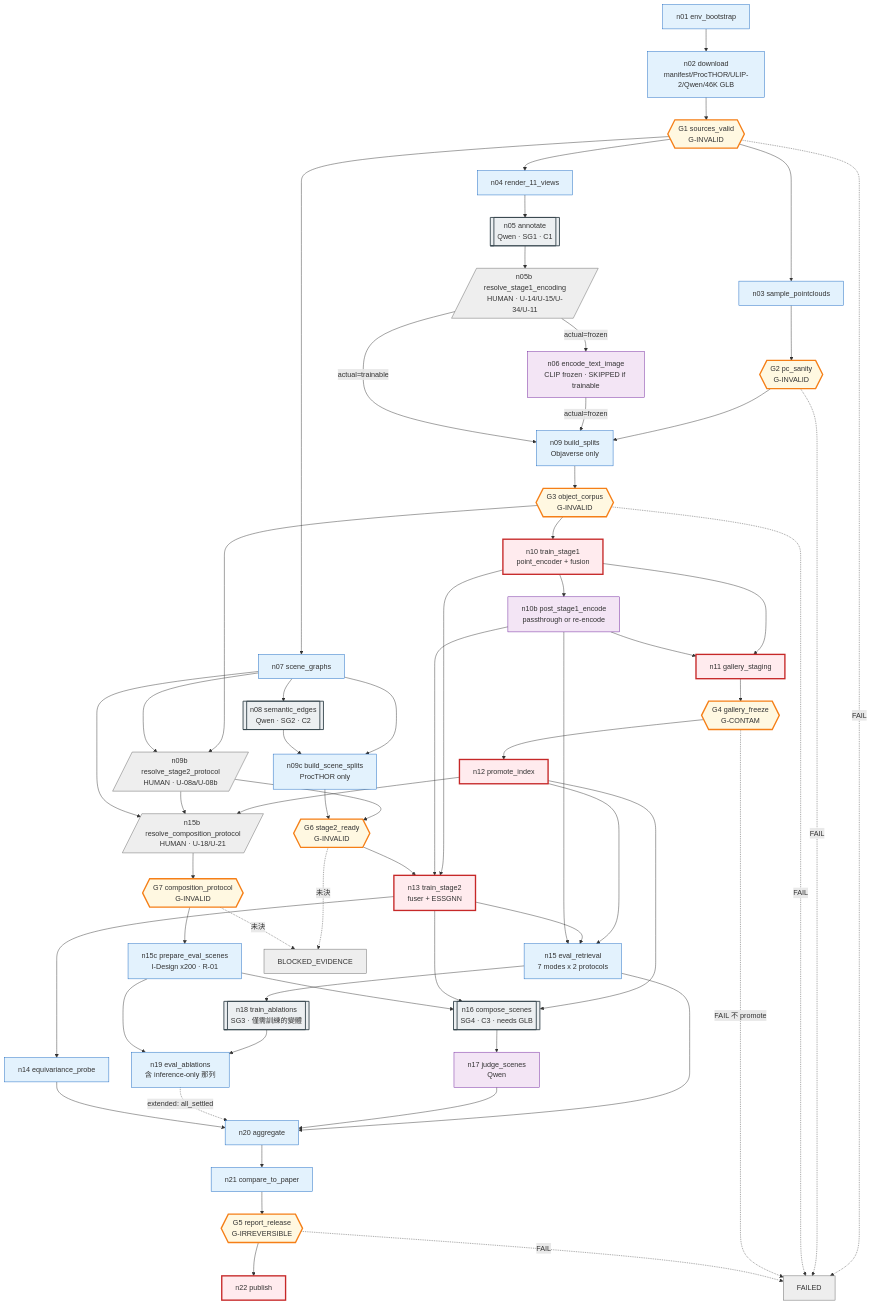
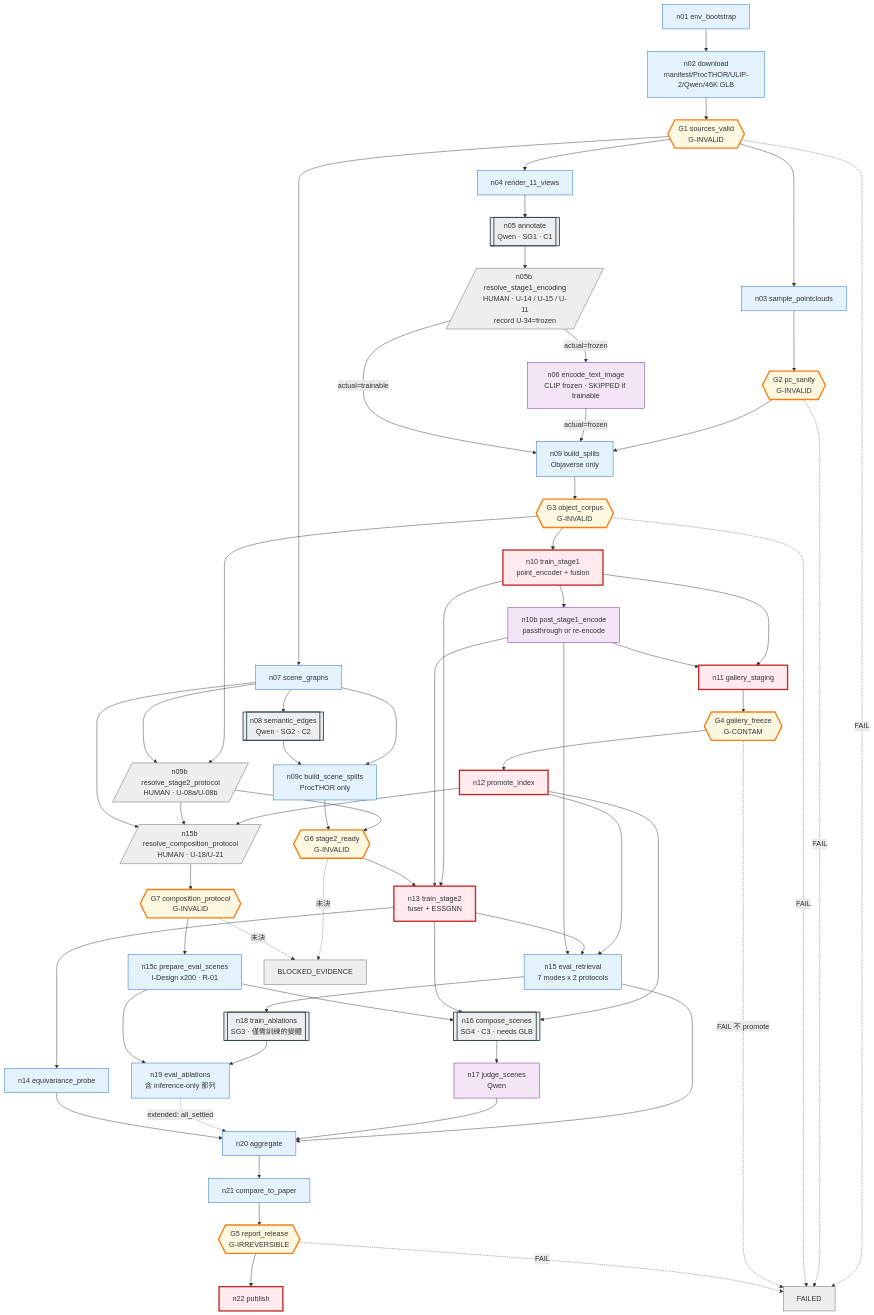
One commit to Kyzen5128/MetaFindV1 changed the diagram in docs/graph/01_GRAPH_SPEC.md. Above: the diagram before and after it, drawn with Mermaid. The commit also changed other lines of this file and 8 other files, not shown here.

````diff
--- a/docs/graph/01_GRAPH_SPEC.md
+++ b/docs/graph/01_GRAPH_SPEC.md
@@ -452,72 +452,72 @@
 ```mermaid
 graph TD
   classDef compute  fill:#e3f2fd,stroke:#1565c0
   classDef model    fill:#f3e5f5,stroke:#6a1b9a
   classDef mutate   fill:#ffebee,stroke:#c62828,stroke-width:3px
   classDef gate     fill:#fff8e1,stroke:#f57f17,stroke-width:3px
   classDef sub      fill:#eceff1,stroke:#37474f,stroke-width:2px
   classDef term     fill:#eeeeee,stroke:#616161
 
   n01[n01 env_bootstrap]:::compute --> n02[n02 download<br/>manifest/ProcTHOR/ULIP-2/Qwen/46K GLB]:::compute
   n02 --> G1{{G1 sources_valid<br/>G-INVALID}}:::gate
   G1 --> n03[n03 sample_pointclouds]:::compute
   G1 --> n04[n04 render_11_views]:::compute
   G1 --> n07[n07 scene_graphs]:::compute
   n03 --> G2{{G2 pc_sanity<br/>G-INVALID}}:::gate
   n04 --> n05[[n05 annotate<br/>Qwen · SG1 · C1]]:::sub
   n07 --> n08[[n08 semantic_edges<br/>Qwen · SG2 · C2]]:::sub
   G2 --> n09[n09 build_splits<br/>Objaverse only]:::compute
-  n05 --> n05b[/n05b resolve_stage1_encoding<br/>HUMAN · U-14/U-15/U-34/U-11/]:::term
+  n05 --> n05b[/n05b resolve_stage1_encoding<br/>HUMAN · U-14 / U-15 / U-11<br/>record U-34=frozen/]:::term
   n05b -->|actual=frozen| n06[n06 encode_text_image<br/>CLIP frozen · SKIPPED if trainable]:::model
   n06 -->|actual=frozen| n09
   n05b -->|actual=trainable| n09
   n07 --> n09c[n09c build_scene_splits<br/>ProcTHOR only]:::compute
   n08 --> n09c
   n09 --> G3{{G3 object_corpus<br/>G-INVALID}}:::gate
   G3 --> n10[n10 train_stage1<br/>point_encoder + fusion]:::mutate
   G3 --> n09b[/n09b resolve_stage2_protocol<br/>HUMAN · U-08a/U-08b/]:::term
   n07 --> n09b
   n09b --> G6{{G6 stage2_ready<br/>G-INVALID}}:::gate
   n09c --> G6
   n10 --> n10b[n10b post_stage1_encode<br/>passthrough or re-encode]:::model
   n10 --> n11[n11 gallery_staging]:::mutate
   n10b --> n11
   n11 --> G4{{G4 gallery_freeze<br/>G-CONTAM}}:::gate
   G4 --> n12[n12 promote_index]:::mutate
   n10 --> n13[n13 train_stage2<br/>fuser + ESSGNN]:::mutate
   n10b --> n13
   G6 --> n13
   n13 --> n14[n14 equivariance_probe]:::compute
   n12 --> n15[n15 eval_retrieval<br/>7 modes x 2 protocols]:::compute
   n13 --> n15
   n10b --> n15
   n12 --> n15b[/n15b resolve_composition_protocol<br/>HUMAN · U-18/U-21/]:::term
   n09b --> n15b
   n07 --> n15b
   n15b --> G7{{G7 composition_protocol<br/>G-INVALID}}:::gate
   G7 --> n15c[n15c prepare_eval_scenes<br/>I-Design x200 · R-01]:::compute
   n12 --> n16[[n16 compose_scenes<br/>SG4 · C3 · needs GLB]]:::sub
   n13 --> n16
   n15c --> n16
   n16 --> n17[n17 judge_scenes<br/>Qwen]:::model
   n15 --> n18[[n18 train_ablations<br/>SG3 · 僅需訓練的變體]]:::sub
   n18 --> n19[n19 eval_ablations<br/>含 inference-only 那列]:::compute
   n15c --> n19
   n15 --> n20[n20 aggregate]:::compute
   n17 --> n20
   n19 -.->|extended: all_settled| n20
   n14 --> n20
   n20 --> n21[n21 compare_to_paper]:::compute
   n21 --> G5{{G5 report_release<br/>G-IRREVERSIBLE}}:::gate
   G5 --> n22[n22 publish]:::mutate
 
   HALT[FAILED]:::term
   BLOCK[BLOCKED_EVIDENCE]:::term
   G1 -.->|FAIL| HALT
   G2 -.->|FAIL| HALT
   G3 -.->|FAIL| HALT
   G4 -.->|FAIL 不 promote| HALT
   G5 -.->|FAIL| HALT
   G6 -.->|未決| BLOCK
   G7 -.->|未決| BLOCK
 ```
````
